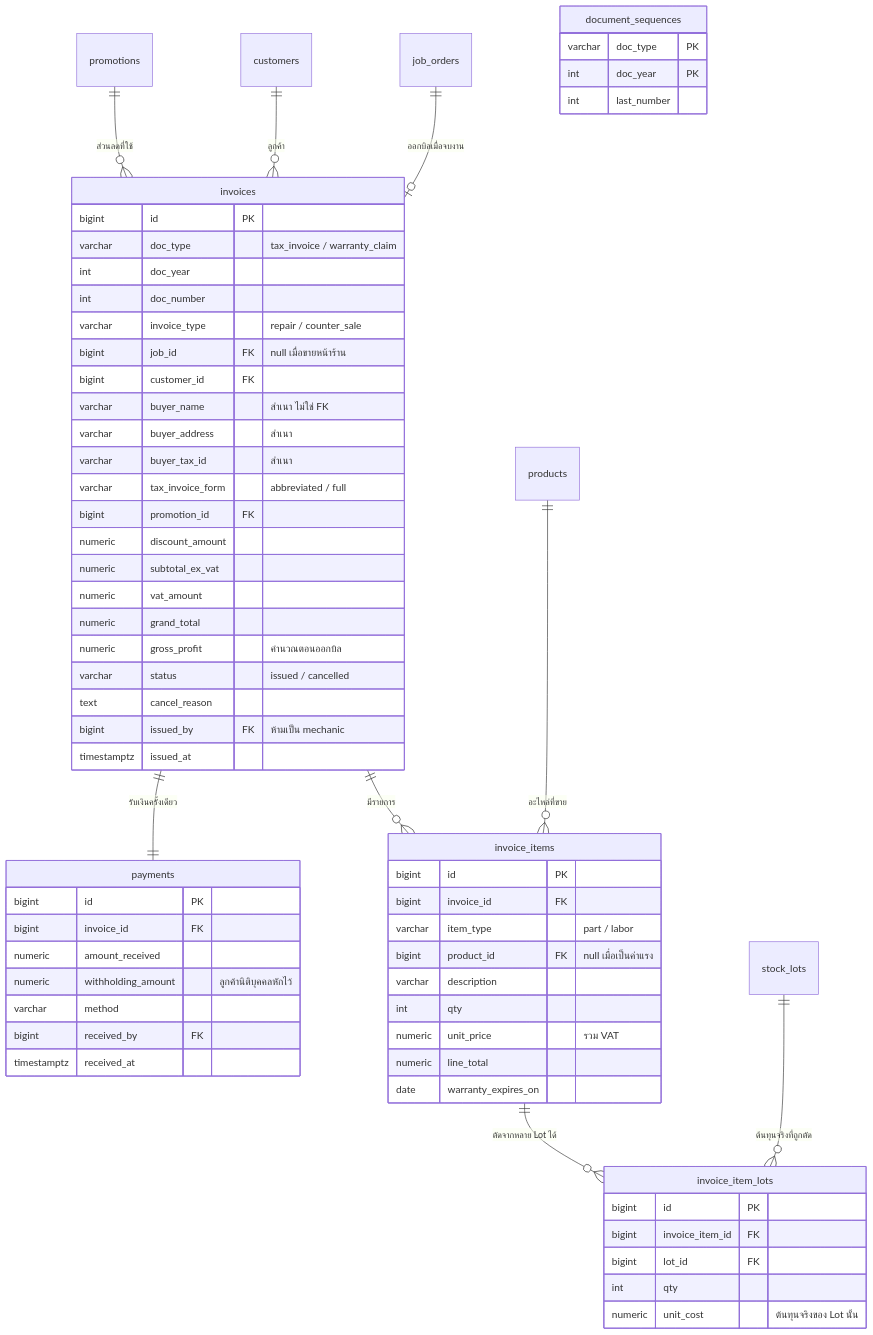
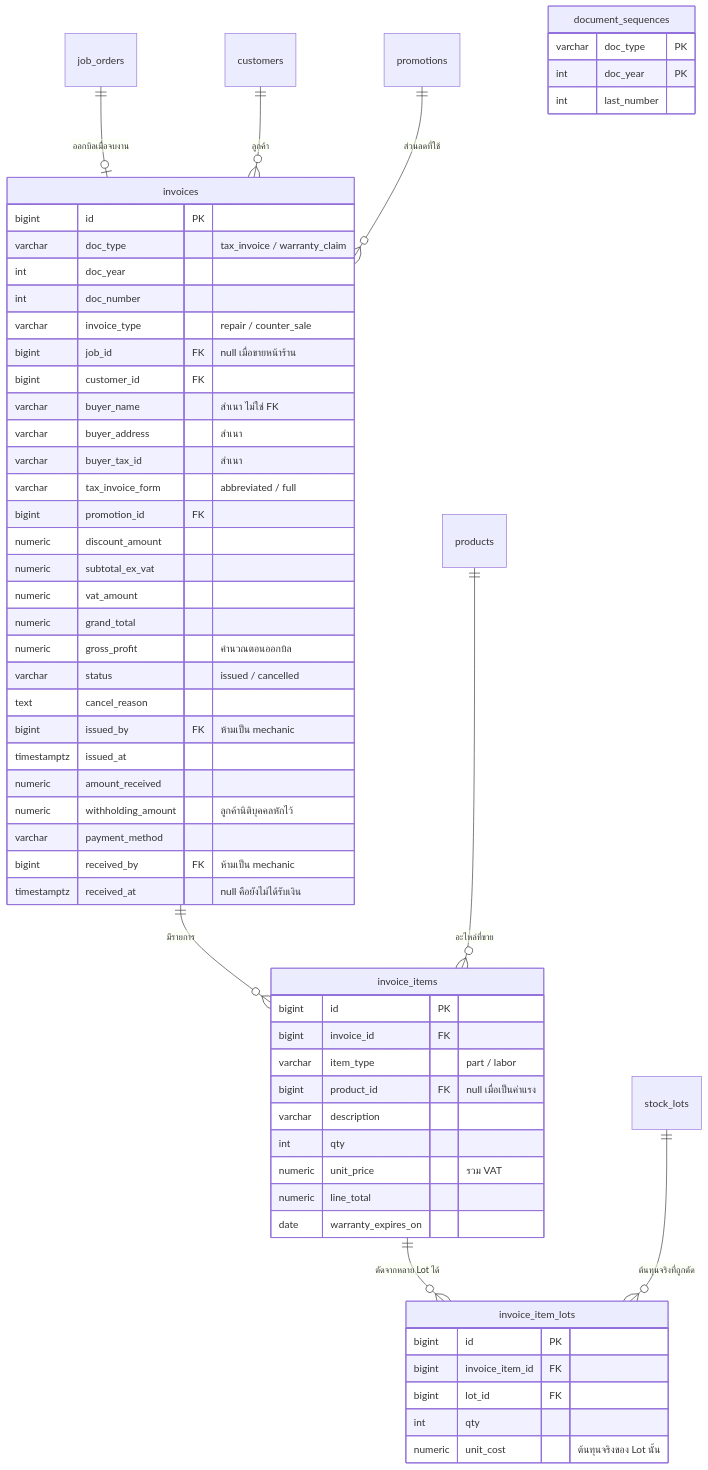
One commit to kaewjamsai0193/Garage_Final_Project changed the seventh of 8 diagrams in data_model.md. Above: the diagram before and after it, drawn with Mermaid. The commit also changed other lines of this file, not shown here.

````diff
--- a/data_model.md
+++ b/data_model.md
@@ -304,71 +321,65 @@
 ```mermaid
 erDiagram
     job_orders ||--o| invoices : "ออกบิลเมื่อจบงาน"
     customers ||--o{ invoices : "ลูกค้า"
     promotions ||--o{ invoices : "ส่วนลดที่ใช้"
     invoices ||--o{ invoice_items : "มีรายการ"
-    invoices ||--|| payments : "รับเงินครั้งเดียว"
     invoice_items ||--o{ invoice_item_lots : "ตัดจากหลาย Lot ได้"
     stock_lots ||--o{ invoice_item_lots : "ต้นทุนจริงที่ถูกตัด"
     products ||--o{ invoice_items : "อะไหล่ที่ขาย"
 
     invoices {
         bigint id PK
         varchar doc_type "tax_invoice / warranty_claim"
         int doc_year
         int doc_number
         varchar invoice_type "repair / counter_sale"
         bigint job_id FK "null เมื่อขายหน้าร้าน"
         bigint customer_id FK
         varchar buyer_name "สำเนา ไม่ใช่ FK"
         varchar buyer_address "สำเนา"
         varchar buyer_tax_id "สำเนา"
         varchar tax_invoice_form "abbreviated / full"
         bigint promotion_id FK
         numeric discount_amount
         numeric subtotal_ex_vat
         numeric vat_amount
         numeric grand_total
         numeric gross_profit "คำนวณตอนออกบิล"
         varchar status "issued / cancelled"
         text cancel_reason
         bigint issued_by FK "ห้ามเป็น mechanic"
         timestamptz issued_at
+        numeric amount_received
+        numeric withholding_amount "ลูกค้านิติบุคคลหักไว้"
+        varchar payment_method
+        bigint received_by FK "ห้ามเป็น mechanic"
+        timestamptz received_at "null คือยังไม่ได้รับเงิน"
     }
 
     invoice_items {
         bigint id PK
         bigint invoice_id FK
         varchar item_type "part / labor"
         bigint product_id FK "null เมื่อเป็นค่าแรง"
         varchar description
         int qty
         numeric unit_price "รวม VAT"
         numeric line_total
         date warranty_expires_on
     }
 
     invoice_item_lots {
         bigint id PK
         bigint invoice_item_id FK
         bigint lot_id FK
         int qty
         numeric unit_cost "ต้นทุนจริงของ Lot นั้น"
     }
 
-    payments {
-        bigint id PK
-        bigint invoice_id FK
-        numeric amount_received
-        numeric withholding_amount "ลูกค้านิติบุคคลหักไว้"
-        varchar method
-        bigint received_by FK
-        timestamptz received_at
-    }
-
     document_sequences {
         varchar doc_type PK
         int doc_year PK
         int last_number
     }
 ```
````
